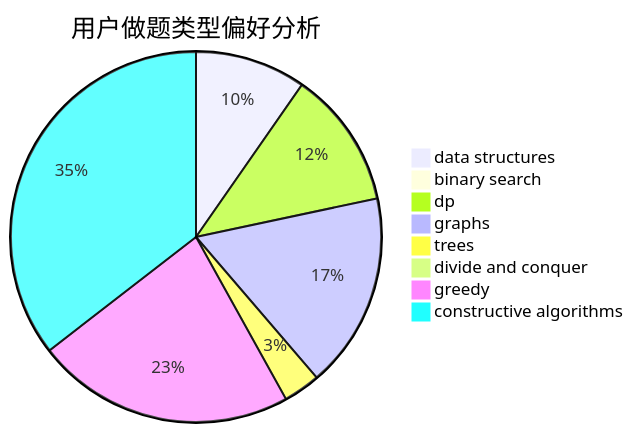
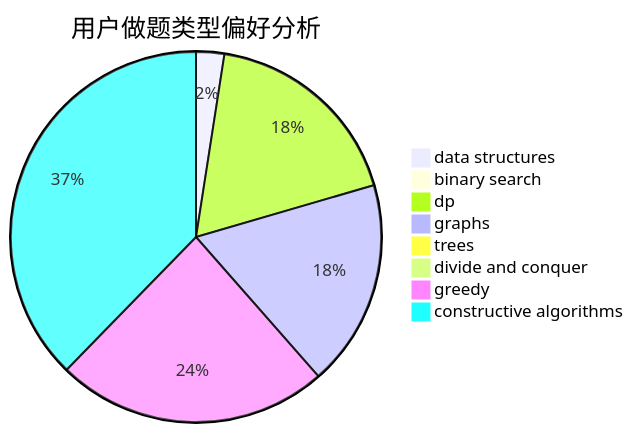
The second of 3 diagrams in docs/user/u2111.md (sherpahu/cfrs.github.io), drawn with Mermaid before and after one commit. The commit also changed other lines of this file and 2770 other files, not shown here.

````diff
--- a/docs/user/u2111.md
+++ b/docs/user/u2111.md
@@ -23,11 +23,11 @@
 ```mermaid
 pie title 用户做题类型偏好分析
-    "data structures" :  21
-    "binary search" :  0
-    "dp" :  26
-    "graphs" :  37
-    "trees" :  7
+    "data structures" :  3
+    "binary search" :  1
+    "dp" :  22
+    "graphs" :  22
+    "trees" :  0
     "divide and conquer" :  0
-    "greedy" :  49
-    "constructive algorithms" :  77
+    "greedy" :  29
+    "constructive algorithms" :  46
 ```
````
